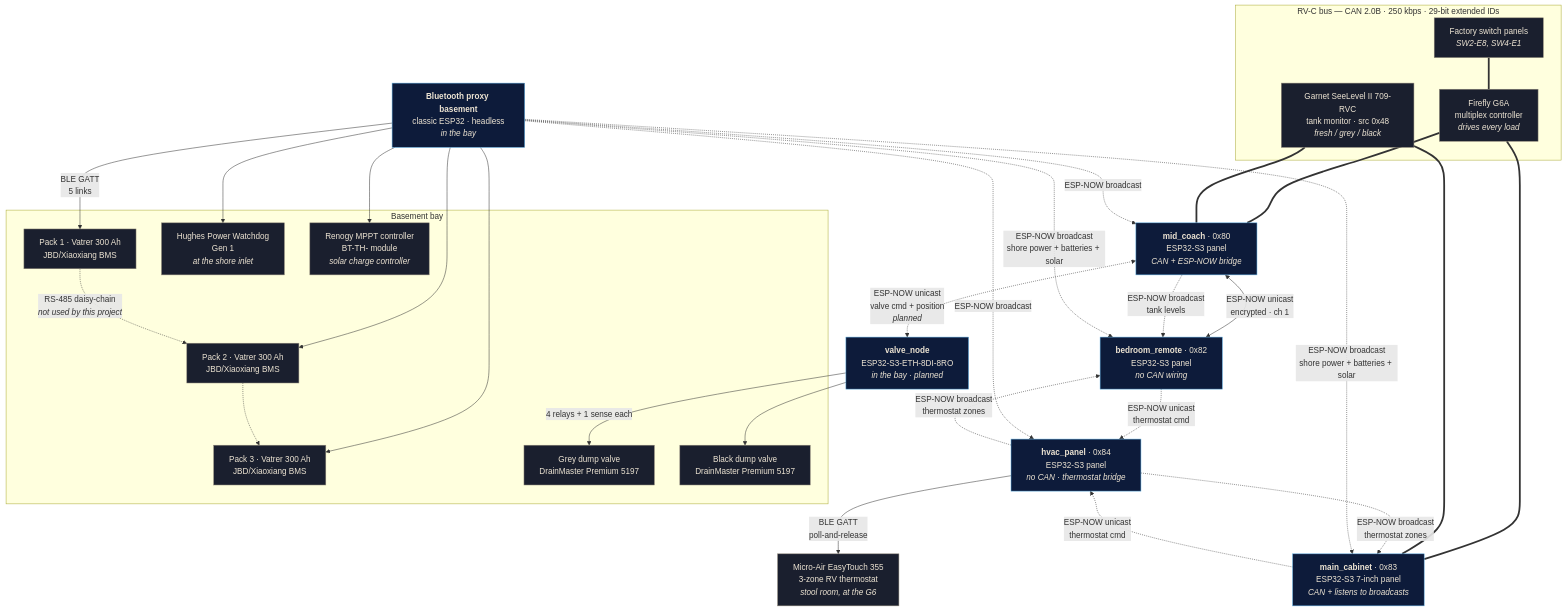
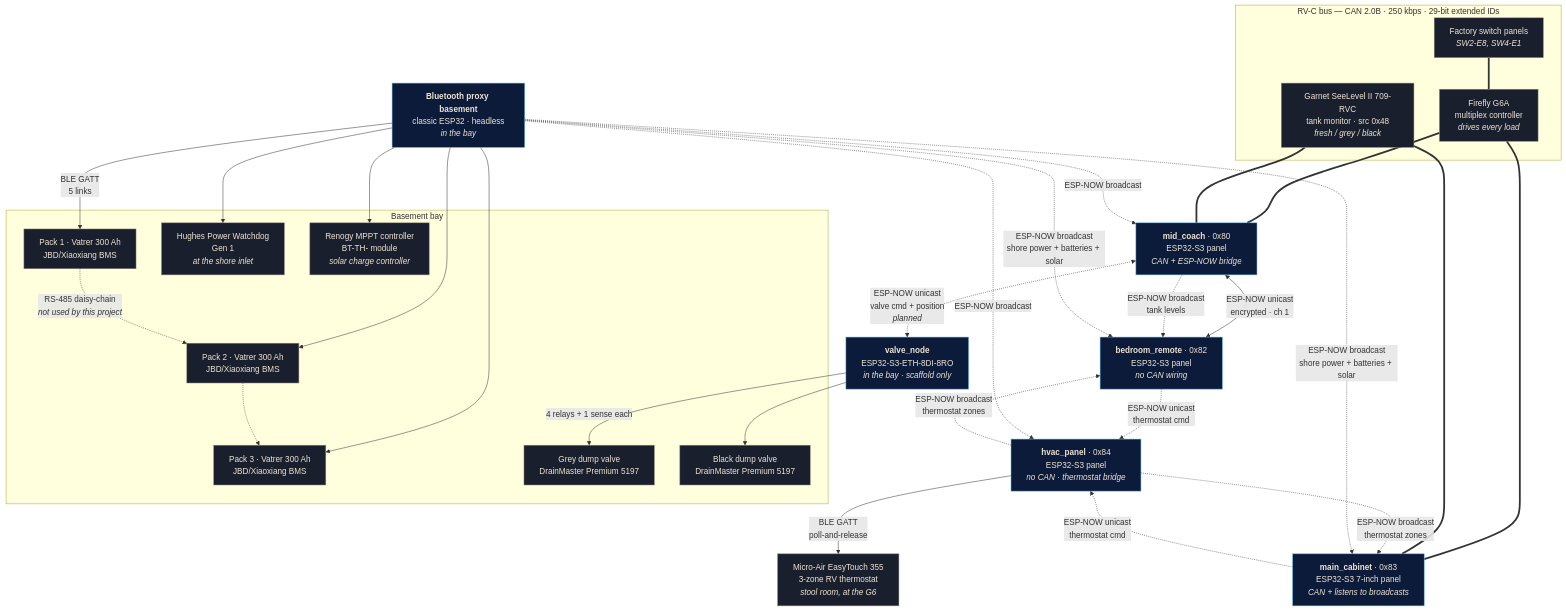
One commit to gauthig/firefly-touch changed the diagram in docs/SYSTEM.md. Above: the diagram before and after it, drawn with Mermaid. The commit also changed other lines of this file and 3 other files, not shown here.

First line of the commit message:
docs: correct the valve-node status, document valve_control, add the v1.00 changelog

````diff
--- a/docs/SYSTEM.md
+++ b/docs/SYSTEM.md
@@ -18,65 +18,65 @@
 ```mermaid
 graph TB
     subgraph rvc["RV-C bus — CAN 2.0B · 250 kbps · 29-bit extended IDs"]
         G6A["Firefly G6A<br/>multiplex controller<br/><i>drives every load</i>"]
         SEE["Garnet SeeLevel II 709-RVC<br/>tank monitor · src 0x48<br/><i>fresh / grey / black</i>"]
         FSW["Factory switch panels<br/><i>SW2-E8, SW4-E1</i>"]
     end
 
     MID["<b>mid_coach</b> · 0x80<br/>ESP32-S3 panel<br/><i>CAN + ESP-NOW bridge</i>"]
     BED["<b>bedroom_remote</b> · 0x82<br/>ESP32-S3 panel<br/><i>no CAN wiring</i>"]
     MAIN["<b>main_cabinet</b> · 0x83<br/>ESP32-S3 7-inch panel<br/><i>CAN + listens to broadcasts</i>"]
     HVAC["<b>hvac_panel</b> · 0x84<br/>ESP32-S3 panel<br/><i>no CAN · thermostat bridge</i>"]
     PROXY["<b>Bluetooth proxy basement</b><br/>classic ESP32 · headless<br/><i>in the bay</i>"]
-    VALVE["<b>valve_node</b><br/>ESP32-S3-ETH-8DI-8RO<br/><i>in the bay · planned</i>"]
+    VALVE["<b>valve_node</b><br/>ESP32-S3-ETH-8DI-8RO<br/><i>in the bay · scaffold only</i>"]
 
     ET["Micro-Air EasyTouch 355<br/>3-zone RV thermostat<br/><i>stool room, at the G6</i>"]
 
     subgraph bay["Basement bay"]
         BAT1["Pack 1 · Vatrer 300 Ah<br/>JBD/Xiaoxiang BMS"]
         BAT2["Pack 2 · Vatrer 300 Ah<br/>JBD/Xiaoxiang BMS"]
         BAT3["Pack 3 · Vatrer 300 Ah<br/>JBD/Xiaoxiang BMS"]
         WD["Hughes Power Watchdog<br/>Gen 1<br/><i>at the shore inlet</i>"]
         SOL["Renogy MPPT controller<br/>BT-TH- module<br/><i>solar charge controller</i>"]
         VGY["Grey dump valve<br/>DrainMaster Premium 5197"]
         VBK["Black dump valve<br/>DrainMaster Premium 5197"]
     end
 
     G6A === MID
     G6A === MAIN
     SEE === MID
     SEE === MAIN
     FSW === G6A
 
     MID <-->|"ESP-NOW unicast<br/>encrypted · ch 1"| BED
     MID <-.->|"ESP-NOW unicast<br/>valve cmd + position<br/><i>planned</i>"| VALVE
 
     HVAC -->|"BLE GATT<br/>poll-and-release"| ET
     HVAC -.->|"ESP-NOW broadcast<br/>thermostat zones"| BED
     HVAC -.->|"ESP-NOW broadcast<br/>thermostat zones"| MAIN
     BED -.->|"ESP-NOW unicast<br/>thermostat cmd"| HVAC
     MAIN -.->|"ESP-NOW unicast<br/>thermostat cmd"| HVAC
     PROXY -.->|"ESP-NOW broadcast"| HVAC
 
     MID -.->|"ESP-NOW broadcast<br/>tank levels"| BED
     PROXY -.->|"ESP-NOW broadcast<br/>shore power + batteries + solar"| BED
     PROXY -.->|"ESP-NOW broadcast"| MID
     PROXY -.->|"ESP-NOW broadcast<br/>shore power + batteries + solar"| MAIN
 
     PROXY -->|"BLE GATT<br/>5 links"| BAT1
     PROXY --> BAT2
     PROXY --> BAT3
     PROXY --> WD
     PROXY --> SOL
 
     VALVE -->|"4 relays + 1 sense each"| VGY
     VALVE --> VBK
 
     BAT1 -.->|"RS-485 daisy-chain<br/><i>not used by this project</i>"| BAT2
     BAT2 -.-> BAT3
 
     classDef panel fill:#0D1B3A,stroke:#5DADE2,color:#EDE4D3
     classDef coach fill:#1A1F2E,stroke:#8A8375,color:#EDE4D3
     class MID,BED,MAIN,HVAC,PROXY,VALVE panel
     class G6A,SEE,FSW,BAT1,BAT2,BAT3,WD,SOL,VGY,VBK,ET coach
 ```
````
